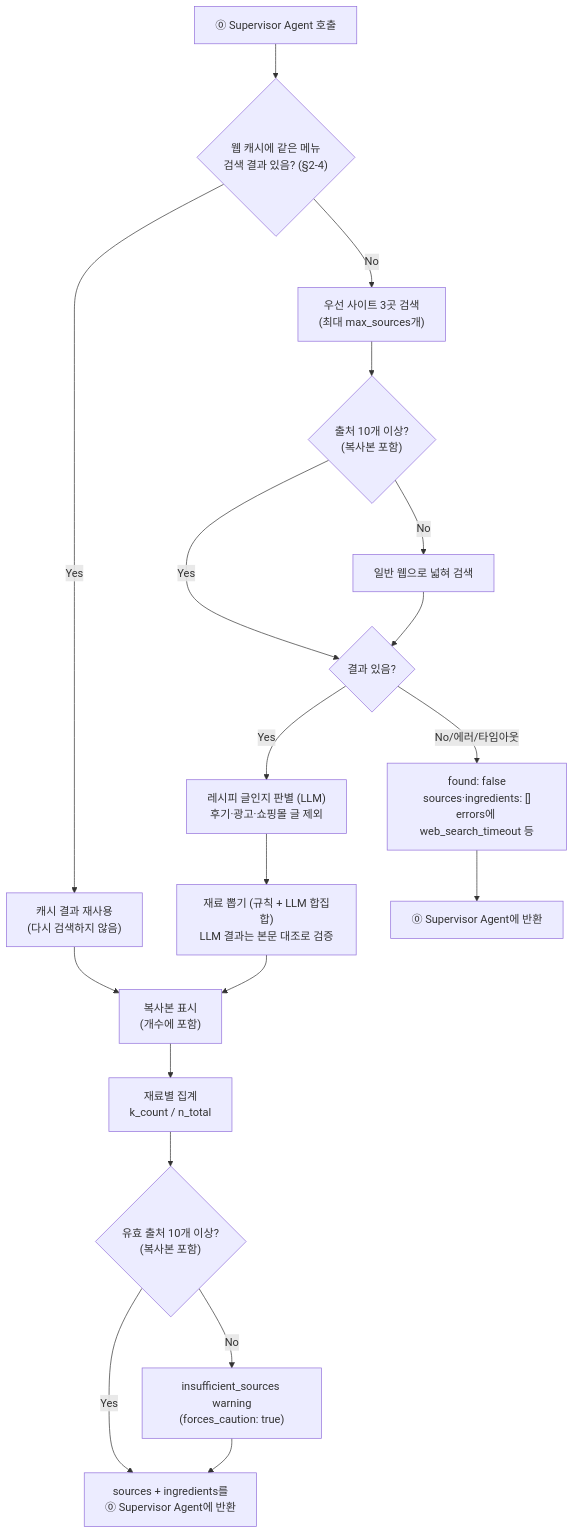
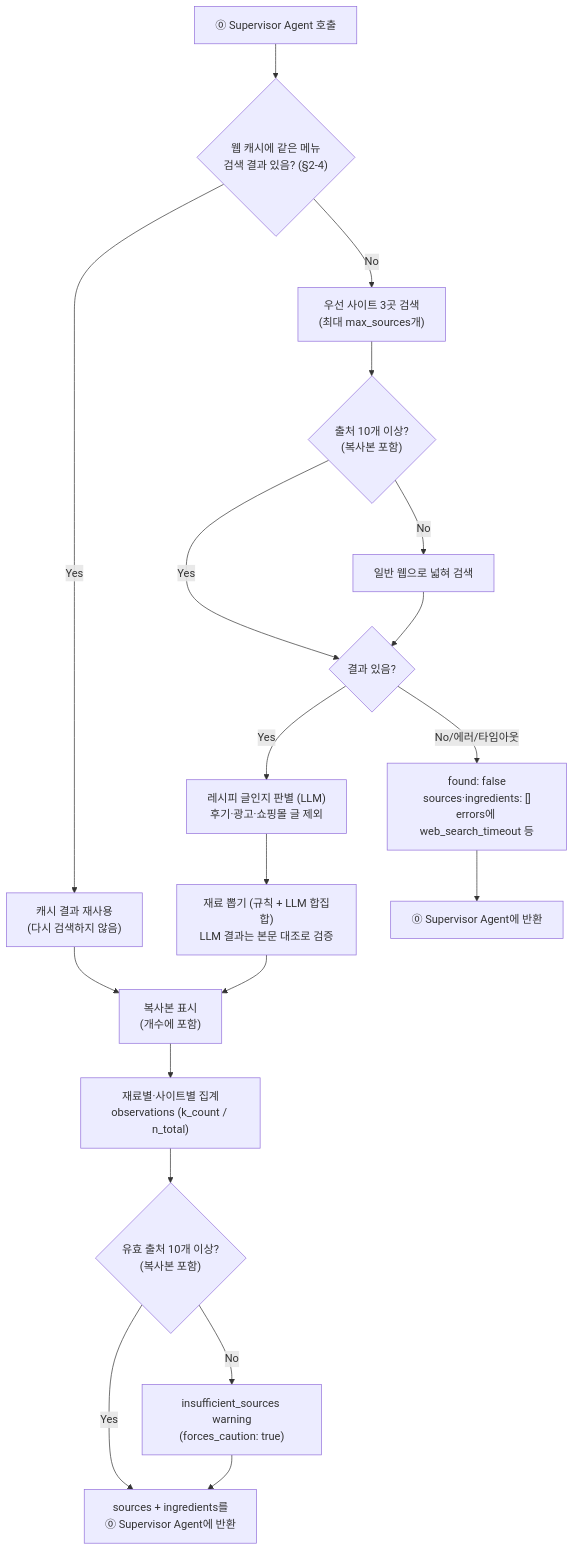
The second of 2 diagrams in docs/6-agent-websearch.md (Han-Spoon/ai), drawn with Mermaid before and after one commit. The commit also changed other lines of this file, not shown here.

Commit message:
docs(websearch): send per-site observations to bayesian

````diff
--- a/docs/6-agent-websearch.md
+++ b/docs/6-agent-websearch.md
@@ -312,21 +317,21 @@
 ```mermaid
 flowchart TD
     S[⓪ Supervisor Agent 호출] --> CA{"웹 캐시에 같은 메뉴<br/>검색 결과 있음? (§2-4)"}
     CA -->|Yes| CR["캐시 결과 재사용<br/>(다시 검색하지 않음)"]
     CR --> D
     CA -->|No| Q["우선 사이트 3곳 검색<br/>(최대 max_sources개)"]
     Q --> QE{"출처 10개 이상?<br/>(복사본 포함)"}
     QE -->|No| QG["일반 웹으로 넓혀 검색"]
     QE -->|Yes| R{결과 있음?}
     QG --> R
     R -->|No/에러/타임아웃| F["found: false<br/>sources·ingredients: []<br/>errors에 web_search_timeout 등"]
     R -->|Yes| RJ["레시피 글인지 판별 (LLM)<br/>후기·광고·쇼핑몰 글 제외"]
     RJ --> C["재료 뽑기 (규칙 + LLM 합집합)<br/>LLM 결과는 본문 대조로 검증"]
     C --> D["복사본 표시<br/>(개수에 포함)"]
-    D --> AGG["재료별 집계<br/>k_count / n_total"]
+    D --> AGG["재료별·사이트별 집계<br/>observations (k_count / n_total)"]
     AGG --> MIN{"유효 출처 10개 이상?<br/>(복사본 포함)"}
     MIN -->|No| W["insufficient_sources warning<br/>(forces_caution: true)"]
     MIN -->|Yes| OUT
     W --> OUT["sources + ingredients를<br/>⓪ Supervisor Agent에 반환"]
     F --> OUT2[⓪ Supervisor Agent에 반환]
 ```
````
